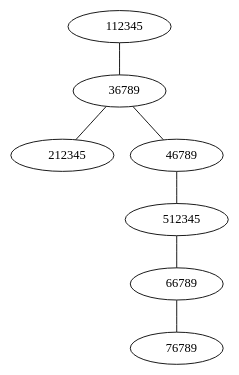
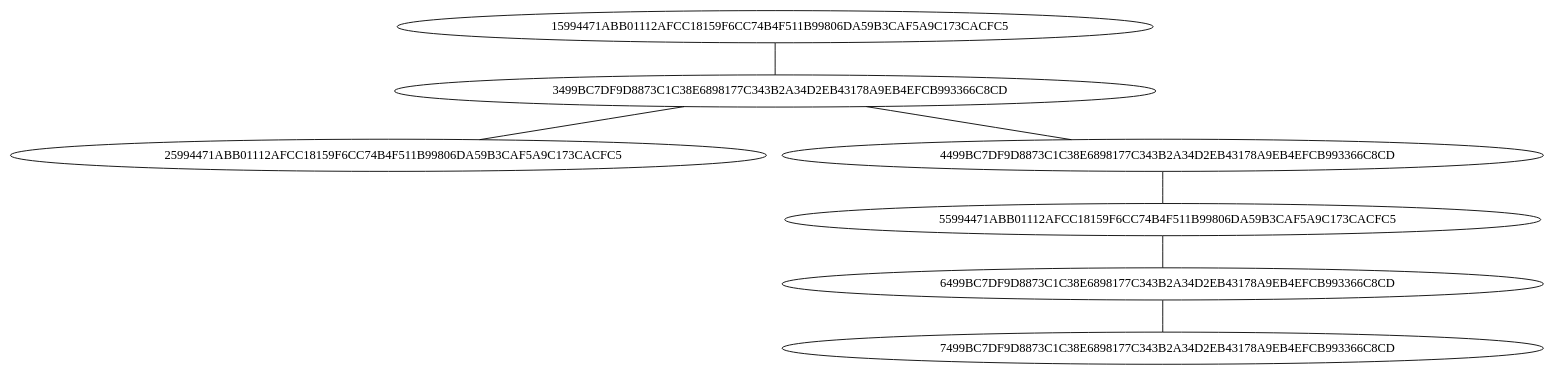
The diagram in FASE3/sucursales_bst.dot (nxz7/EDD_PROYECTO-_202200007), drawn with Graphviz before and after one commit. The commit also changed 11 other files, not shown here.

```diff
--- a/FASE3/sucursales_bst.dot
+++ b/FASE3/sucursales_bst.dot
@@ -1,15 +1,15 @@
 graph{
-     1 [label="    112345"];
+     1 [label="    15994471ABB01112AFCC18159F6CC74B4F511B99806DA59B3CAF5A9C173CACFC5"];
      1 --     2;
-     2 [label="    36789"];
+     2 [label="    3499BC7DF9D8873C1C38E6898177C343B2A34D2EB43178A9EB4EFCB993366C8CD"];
      2 --     3;
      2 --     4;
-     3 [label="    212345"];
-     4 [label="    46789"];
+     3 [label="    25994471ABB01112AFCC18159F6CC74B4F511B99806DA59B3CAF5A9C173CACFC5"];
+     4 [label="    4499BC7DF9D8873C1C38E6898177C343B2A34D2EB43178A9EB4EFCB993366C8CD"];
      4 --     5;
-     5 [label="    512345"];
+     5 [label="    55994471ABB01112AFCC18159F6CC74B4F511B99806DA59B3CAF5A9C173CACFC5"];
      5 --     6;
-     6 [label="    66789"];
+     6 [label="    6499BC7DF9D8873C1C38E6898177C343B2A34D2EB43178A9EB4EFCB993366C8CD"];
      6 --     7;
-     7 [label="    76789"];
+     7 [label="    7499BC7DF9D8873C1C38E6898177C343B2A34D2EB43178A9EB4EFCB993366C8CD"];
 }
```
